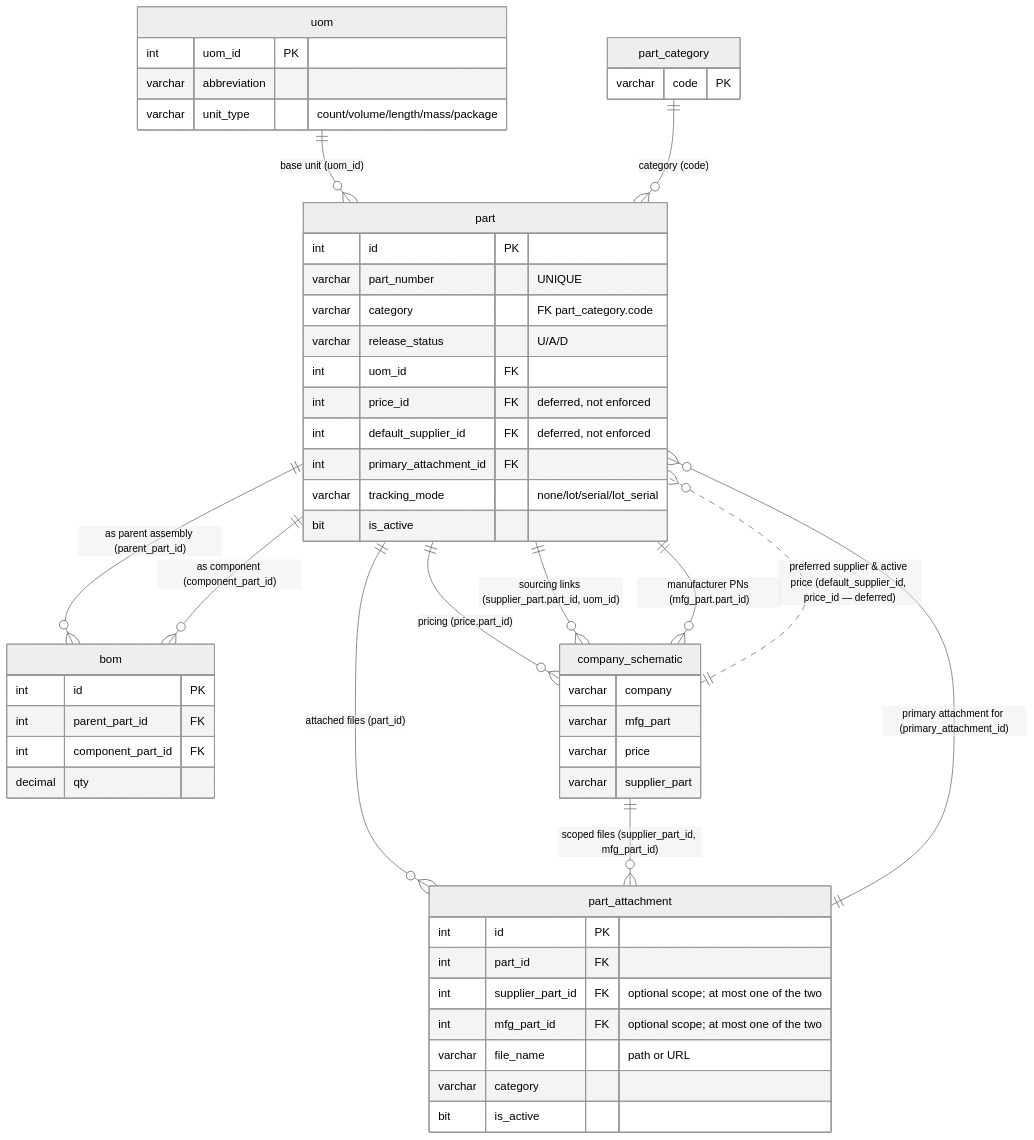
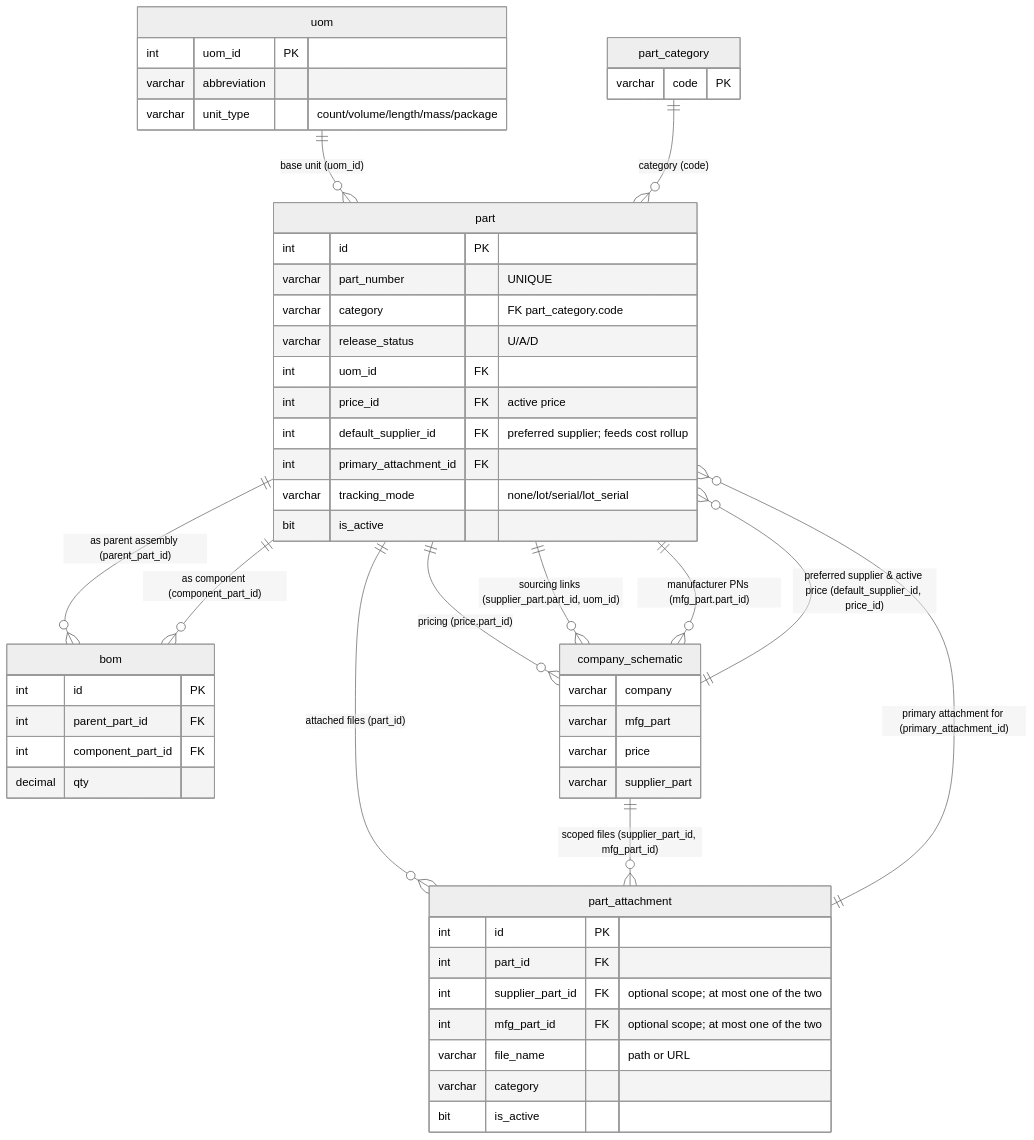
One commit to Jolls/arx changed the second of 7 diagrams in SQL/schema_diagram.md. Above: the diagram before and after it, drawn with Mermaid (neutral theme). The commit also changed other lines of this file and 1 other file, not shown here.

First line of the commit message:
Sync schema diagram FKs and event types with the DDL

````diff
--- a/SQL/schema_diagram.md
+++ b/SQL/schema_diagram.md
@@ -502,62 +506,62 @@
 ```mermaid
 erDiagram
 
     part {
         int     id                    PK
         varchar part_number           "UNIQUE"
         varchar category              "FK part_category.code"
         varchar release_status        "U/A/D"
         int     uom_id                FK
-        int     price_id              FK "deferred, not enforced"
-        int     default_supplier_id   FK "deferred, not enforced"
+        int     price_id              FK "active price"
+        int     default_supplier_id   FK "preferred supplier; feeds cost rollup"
         int     primary_attachment_id FK
         varchar tracking_mode         "none/lot/serial/lot_serial"
         bit     is_active
     }
 
     part_attachment {
         int     id               PK
         int     part_id          FK
         int     supplier_part_id FK "optional scope; at most one of the two"
         int     mfg_part_id      FK "optional scope; at most one of the two"
         varchar file_name        "path or URL"
         varchar category
         bit     is_active
     }
 
     bom {
         int     id                 PK
         int     parent_part_id     FK
         int     component_part_id  FK
         decimal qty
     }
 
     uom {
         int     uom_id       PK
         varchar abbreviation
         varchar unit_type    "count/volume/length/mass/package"
     }
 
     company_schematic {
         varchar company
         varchar mfg_part
         varchar price
         varchar supplier_part
     }
 
     part_category {
         varchar code PK
     }
 
     part                ||--o{ part_attachment    : "attached files (part_id)"
     part_attachment     ||--o{ part               : "primary attachment for (primary_attachment_id)"
     part                ||--o{ bom                : "as parent assembly (parent_part_id)"
     part                ||--o{ bom                : "as component (component_part_id)"
     uom                 ||--o{ part               : "base unit (uom_id)"
     part_category       ||--o{ part               : "category (code)"
     part                ||--o{ company_schematic  : "pricing (price.part_id)"
     part                ||--o{ company_schematic  : "sourcing links (supplier_part.part_id, uom_id)"
     part                ||--o{ company_schematic  : "manufacturer PNs (mfg_part.part_id)"
-    company_schematic   ||..o{ part               : "preferred supplier & active price (default_supplier_id, price_id — deferred)"
+    company_schematic   ||--o{ part               : "preferred supplier & active price (default_supplier_id, price_id)"
     company_schematic   ||--o{ part_attachment    : "scoped files (supplier_part_id, mfg_part_id)"
 ```
````
